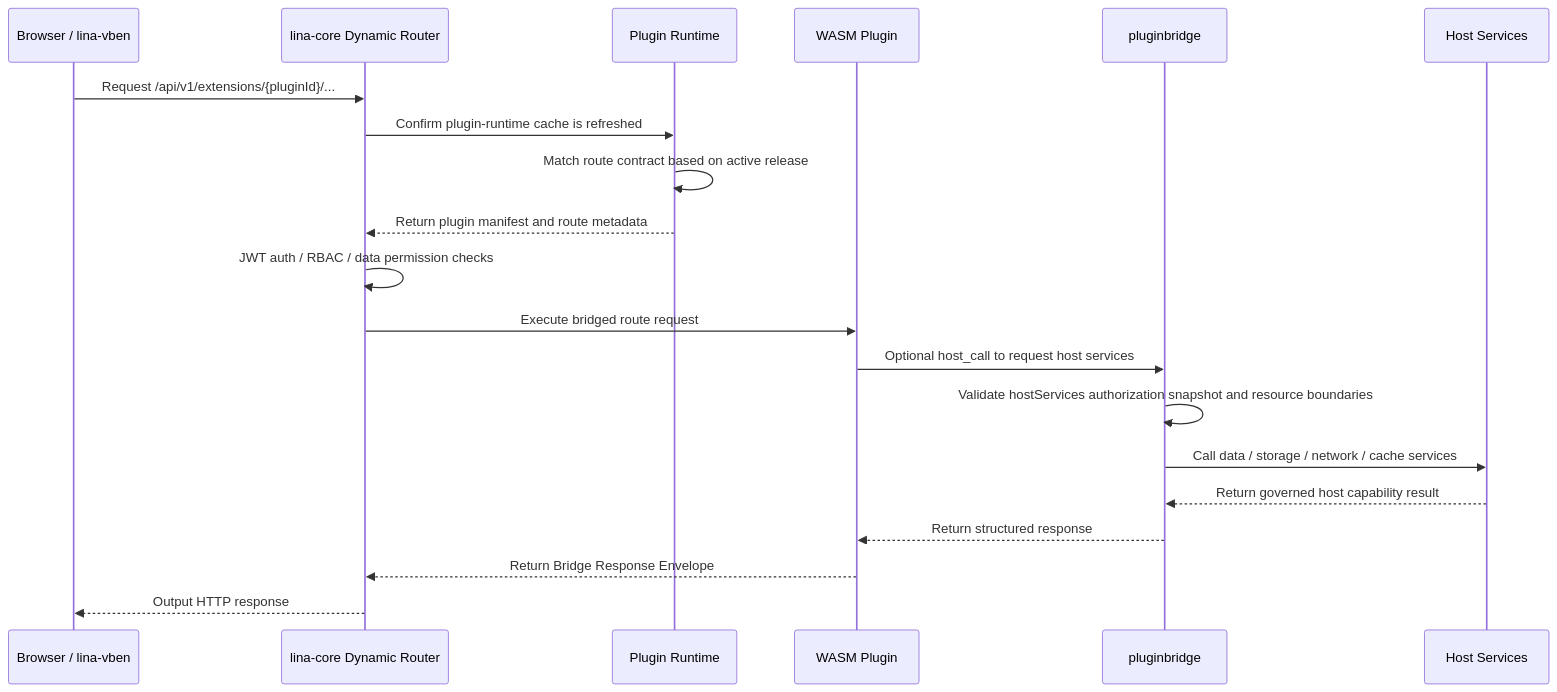
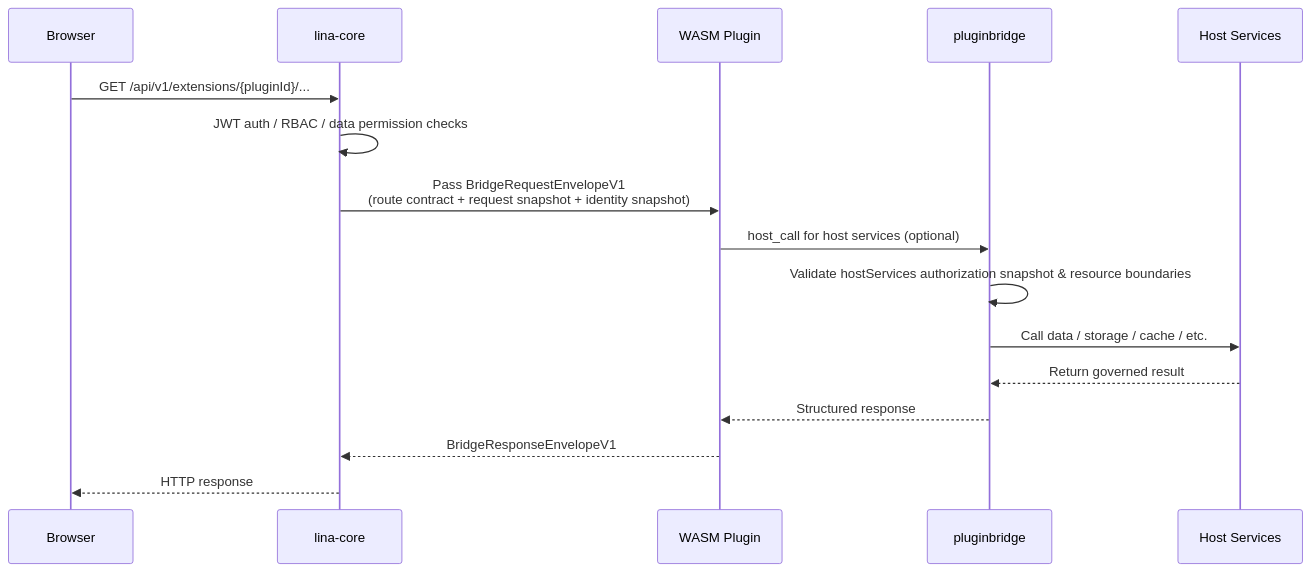
The fourth of 5 diagrams in apps/lina-site/i18n/en/docusaurus-plugin-content-docs/current/docs/2000-architecture/4000-plugin-system.md (linaproai/linapro-site), drawn with Mermaid before and after one commit. The commit also changed other lines of this file and 6 other files, not shown here.

First line of the commit message:
docs(lina-site): rewrite architecture docs and sync EN translations

````diff
--- a/apps/lina-site/i18n/en/docusaurus-plugin-content-docs/current/docs/2000-architecture/4000-plugin-system.md
+++ b/apps/lina-site/i18n/en/docusaurus-plugin-content-docs/current/docs/2000-architecture/4000-plugin-system.md
@@ -255,23 +153,19 @@
 ```mermaid
 sequenceDiagram
-    participant Browser as Browser / lina-vben
-    participant Core as lina-core Dynamic Router
-    participant Runtime as Plugin Runtime
+    participant Browser as Browser
+    participant Core as lina-core
     participant Wasm as WASM Plugin
     participant Bridge as pluginbridge
     participant HostSvc as Host Services
 
-    Browser->>Core: Request /api/v1/extensions/{pluginId}/...
-    Core->>Runtime: Confirm plugin-runtime cache is refreshed
-    Runtime->>Runtime: Match route contract based on active release
-    Runtime-->>Core: Return plugin manifest and route metadata
+    Browser->>Core: GET /api/v1/extensions/{pluginId}/...
     Core->>Core: JWT auth / RBAC / data permission checks
-    Core->>Wasm: Execute bridged route request
-    Wasm->>Bridge: Optional host_call to request host services
-    Bridge->>Bridge: Validate hostServices authorization snapshot and resource boundaries
-    Bridge->>HostSvc: Call data / storage / network / cache services
-    HostSvc-->>Bridge: Return governed host capability result
-    Bridge-->>Wasm: Return structured response
-    Wasm-->>Core: Return Bridge Response Envelope
-    Core-->>Browser: Output HTTP response
+    Core->>Wasm: Pass BridgeRequestEnvelopeV1<br/>(route contract + request snapshot + identity snapshot)
+    Wasm->>Bridge: host_call for host services (optional)
+    Bridge->>Bridge: Validate hostServices authorization snapshot & resource boundaries
+    Bridge->>HostSvc: Call data / storage / cache / etc.
+    HostSvc-->>Bridge: Return governed result
+    Bridge-->>Wasm: Structured response
+    Wasm-->>Core: BridgeResponseEnvelopeV1
+    Core-->>Browser: HTTP response
 ```
````
